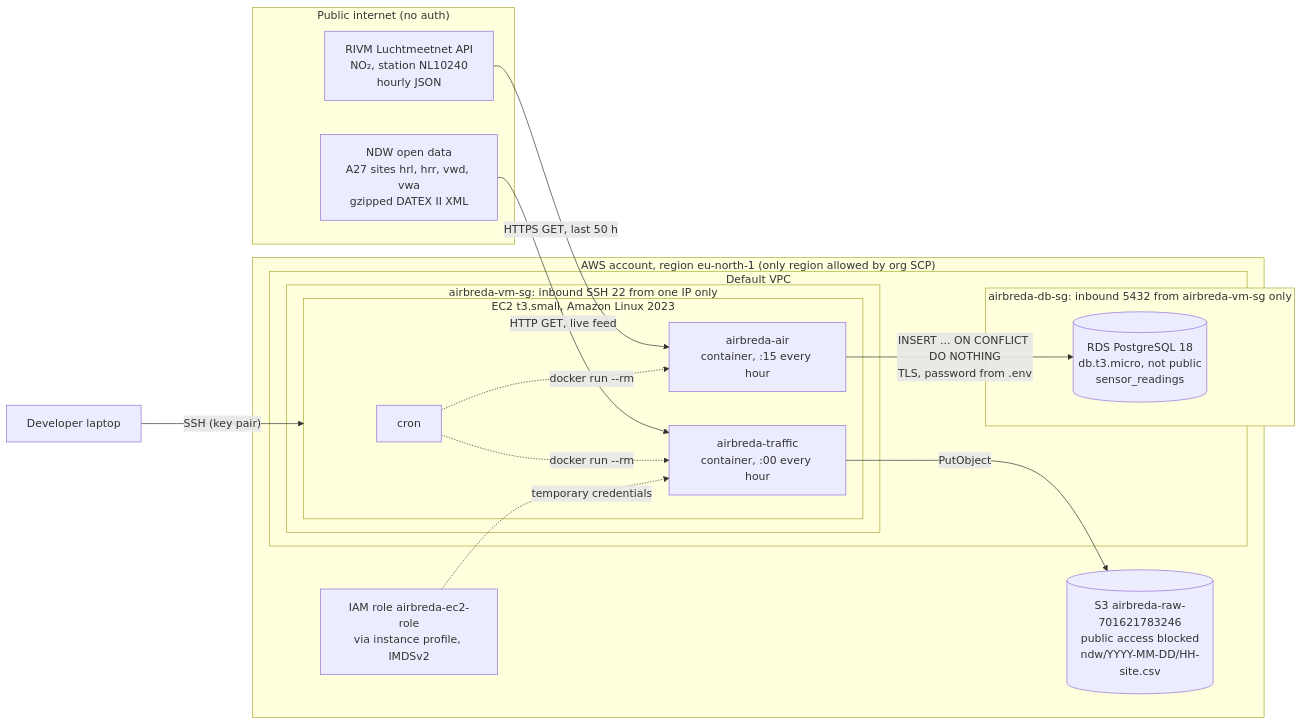
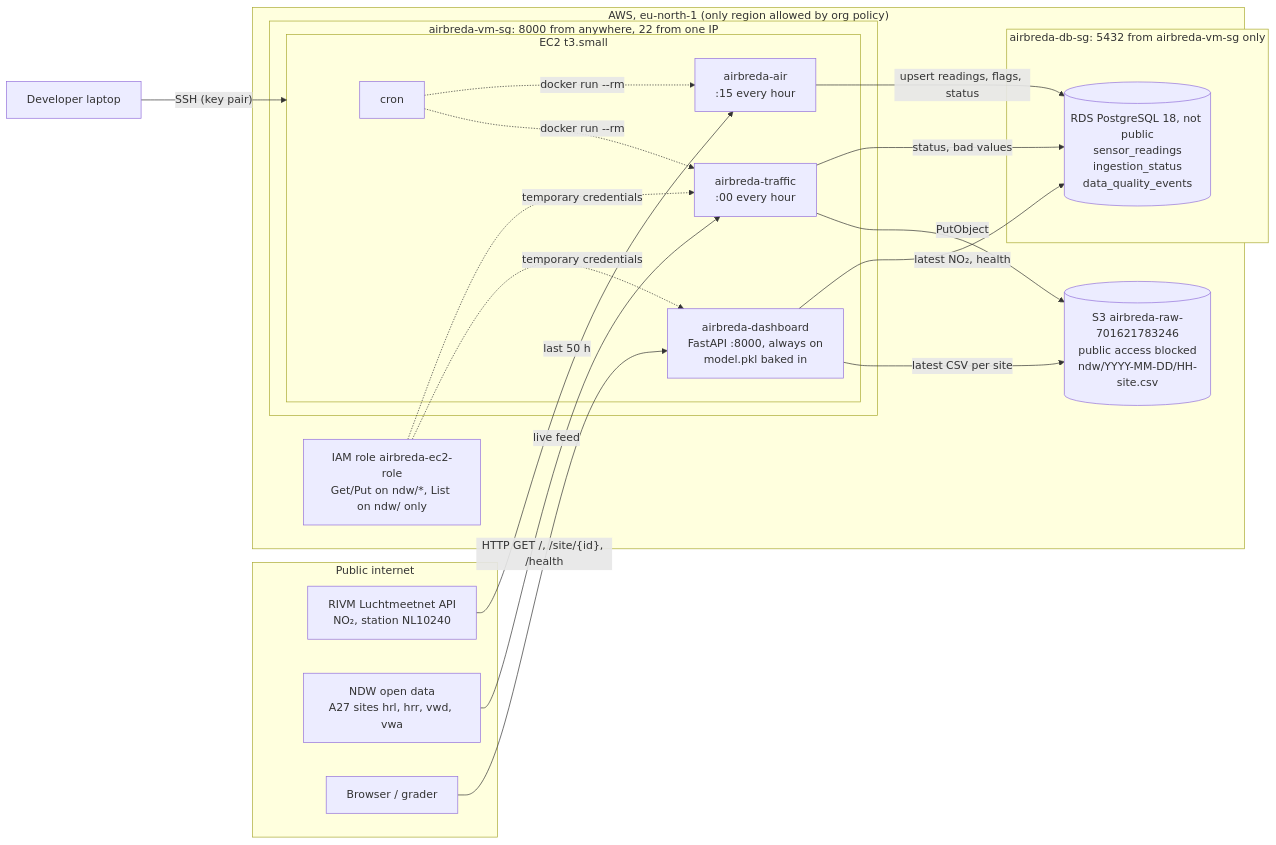
Before and after one commit to SzymonChirowski242621/airbreda: the diagram in docs/index.md, drawn with Mermaid. The commit also changed other lines of this file and 15 other files, not shown here.

First line of the commit message:
feat: add NO2 model, prediction and dashboard; ADR-005 and ADR-006

````diff
--- a/docs/index.md
+++ b/docs/index.md
@@ -9,35 +9,40 @@
 ```mermaid
 flowchart LR
-  subgraph internet["Public internet (no auth)"]
-    LMN["RIVM Luchtmeetnet API<br/>NO₂, station NL10240<br/>hourly JSON"]
-    NDW["NDW open data<br/>A27 sites hrl, hrr, vwd, vwa<br/>gzipped DATEX II XML"]
+  subgraph internet["Public internet"]
+    LMN["RIVM Luchtmeetnet API<br/>NO₂, station NL10240"]
+    NDW["NDW open data<br/>A27 sites hrl, hrr, vwd, vwa"]
+    USER["Browser / grader"]
   end
 
   DEV["Developer laptop"]
 
-  subgraph aws["AWS account, region eu-north-1 (only region allowed by org SCP)"]
-    subgraph vpc["Default VPC"]
-      subgraph vmsg["airbreda-vm-sg: inbound SSH 22 from one IP only"]
-        subgraph vm["EC2 t3.small, Amazon Linux 2023"]
-          CRON["cron"]
-          AIR["airbreda-air<br/>container, :15 every hour"]
-          TRF["airbreda-traffic<br/>container, :00 every hour"]
-        end
-      end
-      subgraph dbsg["airbreda-db-sg: inbound 5432 from airbreda-vm-sg only"]
-        RDS[("RDS PostgreSQL 18<br/>db.t3.micro, not public<br/>sensor_readings")]
+  subgraph aws["AWS, eu-north-1 (only region allowed by org policy)"]
+    subgraph vmsg["airbreda-vm-sg: 8000 from anywhere, 22 from one IP"]
+      subgraph vm["EC2 t3.small"]
+        CRON["cron"]
+        AIR["airbreda-air<br/>:15 every hour"]
+        TRF["airbreda-traffic<br/>:00 every hour"]
+        DASH["airbreda-dashboard<br/>FastAPI :8000, always on<br/>model.pkl baked in"]
       end
     end
-    ROLE["IAM role airbreda-ec2-role<br/>via instance profile, IMDSv2"]
+    subgraph dbsg["airbreda-db-sg: 5432 from airbreda-vm-sg only"]
+      RDS[("RDS PostgreSQL 18, not public<br/>sensor_readings<br/>ingestion_status<br/>data_quality_events")]
+    end
+    ROLE["IAM role airbreda-ec2-role<br/>Get/Put on ndw/*, List on ndw/ only"]
     S3[("S3 airbreda-raw-701621783246<br/>public access blocked<br/>ndw/YYYY-MM-DD/HH-site.csv")]
   end
 
-  LMN -- "HTTPS GET, last 50 h" --> AIR
-  NDW -- "HTTP GET, live feed" --> TRF
+  LMN -- "last 50 h" --> AIR
+  NDW -- "live feed" --> TRF
   CRON -. "docker run --rm" .-> AIR
   CRON -. "docker run --rm" .-> TRF
-  AIR -- "INSERT ... ON CONFLICT DO NOTHING<br/>TLS, password from .env" --> RDS
+  AIR -- "upsert readings, flags, status" --> RDS
+  TRF -- "status, bad values" --> RDS
   TRF -- "PutObject" --> S3
+  DASH -- "latest NO₂, health" --> RDS
+  DASH -- "latest CSV per site" --> S3
   ROLE -. "temporary credentials" .-> TRF
+  ROLE -. "temporary credentials" .-> DASH
+  USER -- "HTTP GET /, /site/{id}, /health" --> DASH
   DEV -- "SSH (key pair)" --> vm
 ```
````
